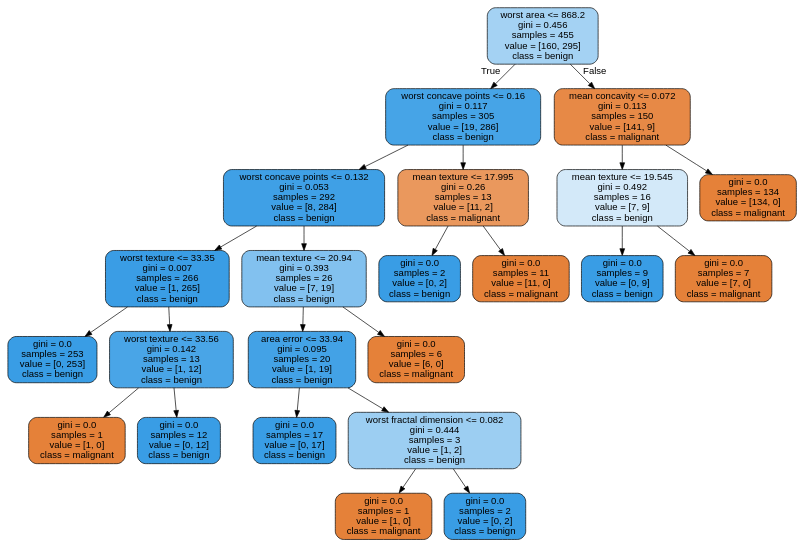
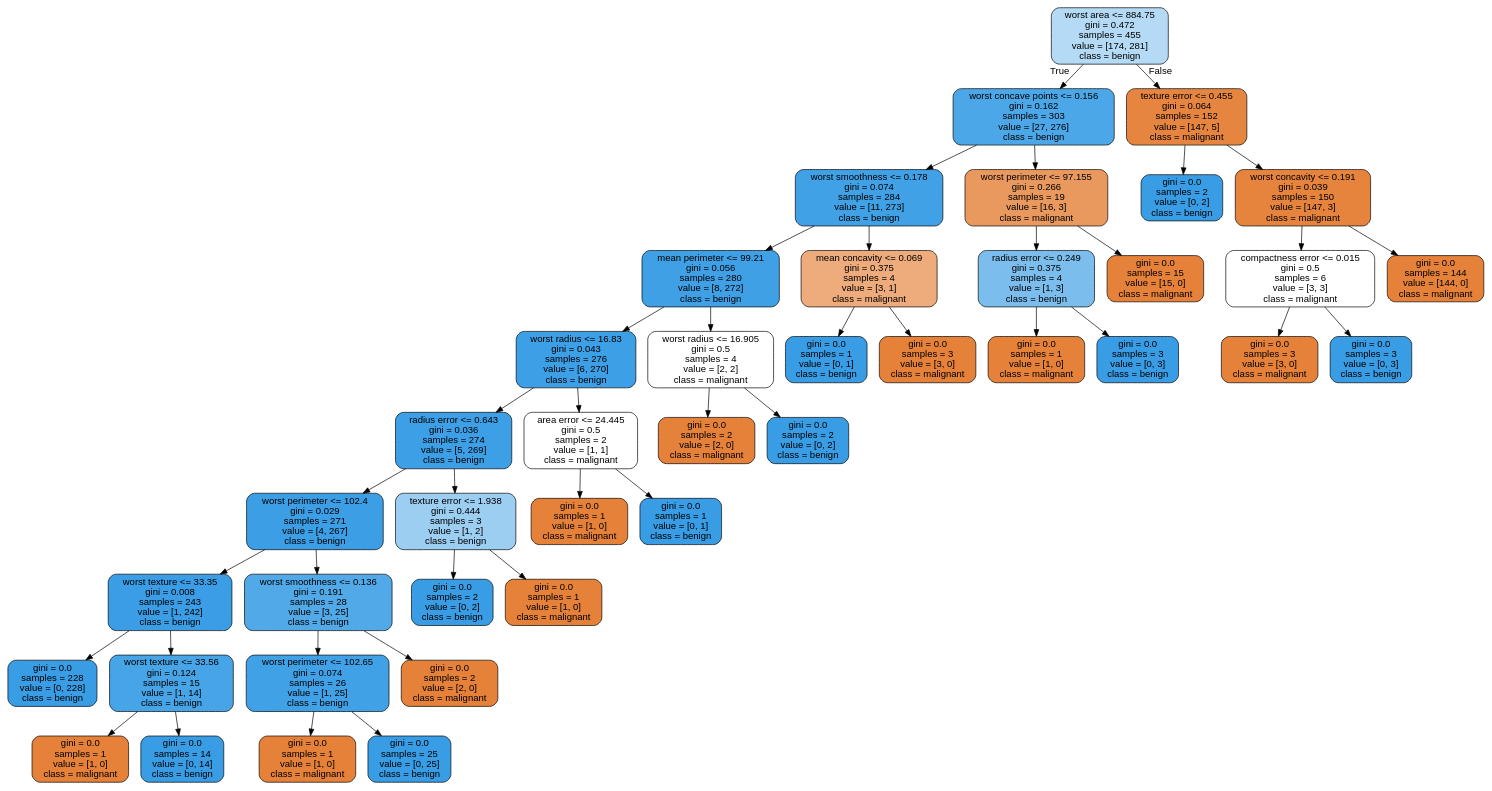
The diagram in images/decision_trees/cancer_tree_train.dot (JoseDeJesusMendozaBecerril/Practica4_MineriaDeDatos), drawn with Graphviz before and after one commit. The commit also changed 8 other files, not shown here.

```diff
--- a/images/decision_trees/cancer_tree_train.dot
+++ b/images/decision_trees/cancer_tree_train.dot
@@ -1,49 +1,85 @@
 digraph Tree {
 node [shape=box, style="filled, rounded", color="black", fontname=helvetica] ;
 edge [fontname=helvetica] ;
-0 [label="worst area <= 868.2\ngini = 0.456\nsamples = 455\nvalue = [160, 295]\nclass = benign", fillcolor="#a4d2f3"] ;
-1 [label="worst concave points <= 0.16\ngini = 0.117\nsamples = 305\nvalue = [19, 286]\nclass = benign", fillcolor="#46a4e7"] ;
+0 [label="worst area <= 884.75\ngini = 0.472\nsamples = 455\nvalue = [174, 281]\nclass = benign", fillcolor="#b4daf5"] ;
+1 [label="worst concave points <= 0.156\ngini = 0.162\nsamples = 303\nvalue = [27, 276]\nclass = benign", fillcolor="#4ca7e8"] ;
 0 -> 1 [labeldistance=2.5, labelangle=45, headlabel="True"] ;
-2 [label="worst concave points <= 0.132\ngini = 0.053\nsamples = 292\nvalue = [8, 284]\nclass = benign", fillcolor="#3fa0e6"] ;
+2 [label="worst smoothness <= 0.178\ngini = 0.074\nsamples = 284\nvalue = [11, 273]\nclass = benign", fillcolor="#41a1e6"] ;
 1 -> 2 ;
-3 [label="worst texture <= 33.35\ngini = 0.007\nsamples = 266\nvalue = [1, 265]\nclass = benign", fillcolor="#3a9de5"] ;
+3 [label="mean perimeter <= 99.21\ngini = 0.056\nsamples = 280\nvalue = [8, 272]\nclass = benign", fillcolor="#3fa0e6"] ;
 2 -> 3 ;
-4 [label="gini = 0.0\nsamples = 253\nvalue = [0, 253]\nclass = benign", fillcolor="#399de5"] ;
+4 [label="worst radius <= 16.83\ngini = 0.043\nsamples = 276\nvalue = [6, 270]\nclass = benign", fillcolor="#3d9fe6"] ;
 3 -> 4 ;
-5 [label="worst texture <= 33.56\ngini = 0.142\nsamples = 13\nvalue = [1, 12]\nclass = benign", fillcolor="#49a5e7"] ;
-3 -> 5 ;
-6 [label="gini = 0.0\nsamples = 1\nvalue = [1, 0]\nclass = malignant", fillcolor="#e58139"] ;
+5 [label="radius error <= 0.643\ngini = 0.036\nsamples = 274\nvalue = [5, 269]\nclass = benign", fillcolor="#3d9fe5"] ;
+4 -> 5 ;
+6 [label="worst perimeter <= 102.4\ngini = 0.029\nsamples = 271\nvalue = [4, 267]\nclass = benign", fillcolor="#3c9ee5"] ;
 5 -> 6 ;
-7 [label="gini = 0.0\nsamples = 12\nvalue = [0, 12]\nclass = benign", fillcolor="#399de5"] ;
-5 -> 7 ;
-8 [label="mean texture <= 20.94\ngini = 0.393\nsamples = 26\nvalue = [7, 19]\nclass = benign", fillcolor="#82c1ef"] ;
-2 -> 8 ;
-9 [label="area error <= 33.94\ngini = 0.095\nsamples = 20\nvalue = [1, 19]\nclass = benign", fillcolor="#43a2e6"] ;
-8 -> 9 ;
-10 [label="gini = 0.0\nsamples = 17\nvalue = [0, 17]\nclass = benign", fillcolor="#399de5"] ;
+7 [label="worst texture <= 33.35\ngini = 0.008\nsamples = 243\nvalue = [1, 242]\nclass = benign", fillcolor="#3a9de5"] ;
+6 -> 7 ;
+8 [label="gini = 0.0\nsamples = 228\nvalue = [0, 228]\nclass = benign", fillcolor="#399de5"] ;
+7 -> 8 ;
+9 [label="worst texture <= 33.56\ngini = 0.124\nsamples = 15\nvalue = [1, 14]\nclass = benign", fillcolor="#47a4e7"] ;
+7 -> 9 ;
+10 [label="gini = 0.0\nsamples = 1\nvalue = [1, 0]\nclass = malignant", fillcolor="#e58139"] ;
 9 -> 10 ;
-11 [label="worst fractal dimension <= 0.082\ngini = 0.444\nsamples = 3\nvalue = [1, 2]\nclass = benign", fillcolor="#9ccef2"] ;
+11 [label="gini = 0.0\nsamples = 14\nvalue = [0, 14]\nclass = benign", fillcolor="#399de5"] ;
 9 -> 11 ;
-12 [label="gini = 0.0\nsamples = 1\nvalue = [1, 0]\nclass = malignant", fillcolor="#e58139"] ;
-11 -> 12 ;
-13 [label="gini = 0.0\nsamples = 2\nvalue = [0, 2]\nclass = benign", fillcolor="#399de5"] ;
-11 -> 13 ;
-14 [label="gini = 0.0\nsamples = 6\nvalue = [6, 0]\nclass = malignant", fillcolor="#e58139"] ;
-8 -> 14 ;
-15 [label="mean texture <= 17.995\ngini = 0.26\nsamples = 13\nvalue = [11, 2]\nclass = malignant", fillcolor="#ea985d"] ;
-1 -> 15 ;
-16 [label="gini = 0.0\nsamples = 2\nvalue = [0, 2]\nclass = benign", fillcolor="#399de5"] ;
-15 -> 16 ;
-17 [label="gini = 0.0\nsamples = 11\nvalue = [11, 0]\nclass = malignant", fillcolor="#e58139"] ;
-15 -> 17 ;
-18 [label="mean concavity <= 0.072\ngini = 0.113\nsamples = 150\nvalue = [141, 9]\nclass = malignant", fillcolor="#e78946"] ;
-0 -> 18 [labeldistance=2.5, labelangle=-45, headlabel="False"] ;
-19 [label="mean texture <= 19.545\ngini = 0.492\nsamples = 16\nvalue = [7, 9]\nclass = benign", fillcolor="#d3e9f9"] ;
-18 -> 19 ;
-20 [label="gini = 0.0\nsamples = 9\nvalue = [0, 9]\nclass = benign", fillcolor="#399de5"] ;
-19 -> 20 ;
-21 [label="gini = 0.0\nsamples = 7\nvalue = [7, 0]\nclass = malignant", fillcolor="#e58139"] ;
-19 -> 21 ;
-22 [label="gini = 0.0\nsamples = 134\nvalue = [134, 0]\nclass = malignant", fillcolor="#e58139"] ;
-18 -> 22 ;
+12 [label="worst smoothness <= 0.136\ngini = 0.191\nsamples = 28\nvalue = [3, 25]\nclass = benign", fillcolor="#51a9e8"] ;
+6 -> 12 ;
+13 [label="worst perimeter <= 102.65\ngini = 0.074\nsamples = 26\nvalue = [1, 25]\nclass = benign", fillcolor="#41a1e6"] ;
+12 -> 13 ;
+14 [label="gini = 0.0\nsamples = 1\nvalue = [1, 0]\nclass = malignant", fillcolor="#e58139"] ;
+13 -> 14 ;
+15 [label="gini = 0.0\nsamples = 25\nvalue = [0, 25]\nclass = benign", fillcolor="#399de5"] ;
+13 -> 15 ;
+16 [label="gini = 0.0\nsamples = 2\nvalue = [2, 0]\nclass = malignant", fillcolor="#e58139"] ;
+12 -> 16 ;
+17 [label="texture error <= 1.938\ngini = 0.444\nsamples = 3\nvalue = [1, 2]\nclass = benign", fillcolor="#9ccef2"] ;
+5 -> 17 ;
+18 [label="gini = 0.0\nsamples = 2\nvalue = [0, 2]\nclass = benign", fillcolor="#399de5"] ;
+17 -> 18 ;
+19 [label="gini = 0.0\nsamples = 1\nvalue = [1, 0]\nclass = malignant", fillcolor="#e58139"] ;
+17 -> 19 ;
+20 [label="area error <= 24.445\ngini = 0.5\nsamples = 2\nvalue = [1, 1]\nclass = malignant", fillcolor="#ffffff"] ;
+4 -> 20 ;
+21 [label="gini = 0.0\nsamples = 1\nvalue = [1, 0]\nclass = malignant", fillcolor="#e58139"] ;
+20 -> 21 ;
+22 [label="gini = 0.0\nsamples = 1\nvalue = [0, 1]\nclass = benign", fillcolor="#399de5"] ;
+20 -> 22 ;
+23 [label="worst radius <= 16.905\ngini = 0.5\nsamples = 4\nvalue = [2, 2]\nclass = malignant", fillcolor="#ffffff"] ;
+3 -> 23 ;
+24 [label="gini = 0.0\nsamples = 2\nvalue = [2, 0]\nclass = malignant", fillcolor="#e58139"] ;
+23 -> 24 ;
+25 [label="gini = 0.0\nsamples = 2\nvalue = [0, 2]\nclass = benign", fillcolor="#399de5"] ;
+23 -> 25 ;
+26 [label="mean concavity <= 0.069\ngini = 0.375\nsamples = 4\nvalue = [3, 1]\nclass = malignant", fillcolor="#eeab7b"] ;
+2 -> 26 ;
+27 [label="gini = 0.0\nsamples = 1\nvalue = [0, 1]\nclass = benign", fillcolor="#399de5"] ;
+26 -> 27 ;
+28 [label="gini = 0.0\nsamples = 3\nvalue = [3, 0]\nclass = malignant", fillcolor="#e58139"] ;
+26 -> 28 ;
+29 [label="worst perimeter <= 97.155\ngini = 0.266\nsamples = 19\nvalue = [16, 3]\nclass = malignant", fillcolor="#ea995e"] ;
+1 -> 29 ;
+30 [label="radius error <= 0.249\ngini = 0.375\nsamples = 4\nvalue = [1, 3]\nclass = benign", fillcolor="#7bbeee"] ;
+29 -> 30 ;
+31 [label="gini = 0.0\nsamples = 1\nvalue = [1, 0]\nclass = malignant", fillcolor="#e58139"] ;
+30 -> 31 ;
+32 [label="gini = 0.0\nsamples = 3\nvalue = [0, 3]\nclass = benign", fillcolor="#399de5"] ;
+30 -> 32 ;
+33 [label="gini = 0.0\nsamples = 15\nvalue = [15, 0]\nclass = malignant", fillcolor="#e58139"] ;
+29 -> 33 ;
+34 [label="texture error <= 0.455\ngini = 0.064\nsamples = 152\nvalue = [147, 5]\nclass = malignant", fillcolor="#e68540"] ;
+0 -> 34 [labeldistance=2.5, labelangle=-45, headlabel="False"] ;
+35 [label="gini = 0.0\nsamples = 2\nvalue = [0, 2]\nclass = benign", fillcolor="#399de5"] ;
+34 -> 35 ;
+36 [label="worst concavity <= 0.191\ngini = 0.039\nsamples = 150\nvalue = [147, 3]\nclass = malignant", fillcolor="#e6843d"] ;
+34 -> 36 ;
+37 [label="compactness error <= 0.015\ngini = 0.5\nsamples = 6\nvalue = [3, 3]\nclass = malignant", fillcolor="#ffffff"] ;
+36 -> 37 ;
+38 [label="gini = 0.0\nsamples = 3\nvalue = [3, 0]\nclass = malignant", fillcolor="#e58139"] ;
+37 -> 38 ;
+39 [label="gini = 0.0\nsamples = 3\nvalue = [0, 3]\nclass = benign", fillcolor="#399de5"] ;
+37 -> 39 ;
+40 [label="gini = 0.0\nsamples = 144\nvalue = [144, 0]\nclass = malignant", fillcolor="#e58139"] ;
+36 -> 40 ;
 }
```
